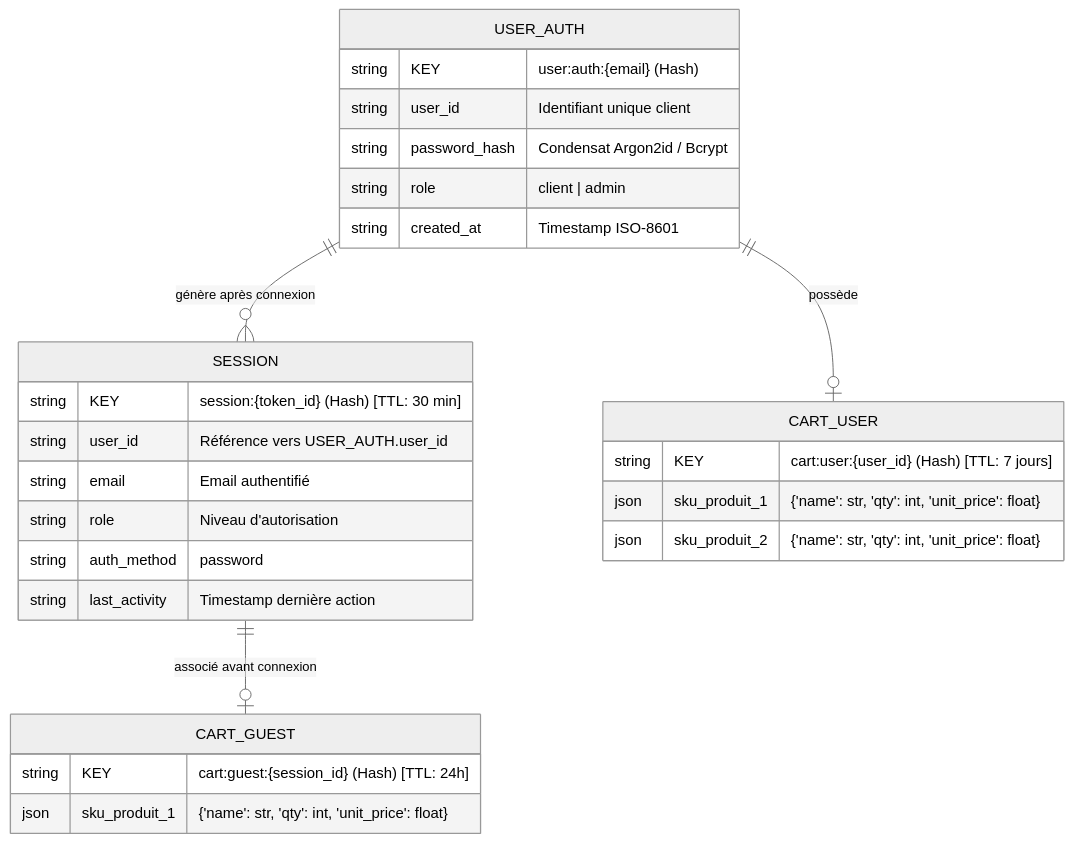
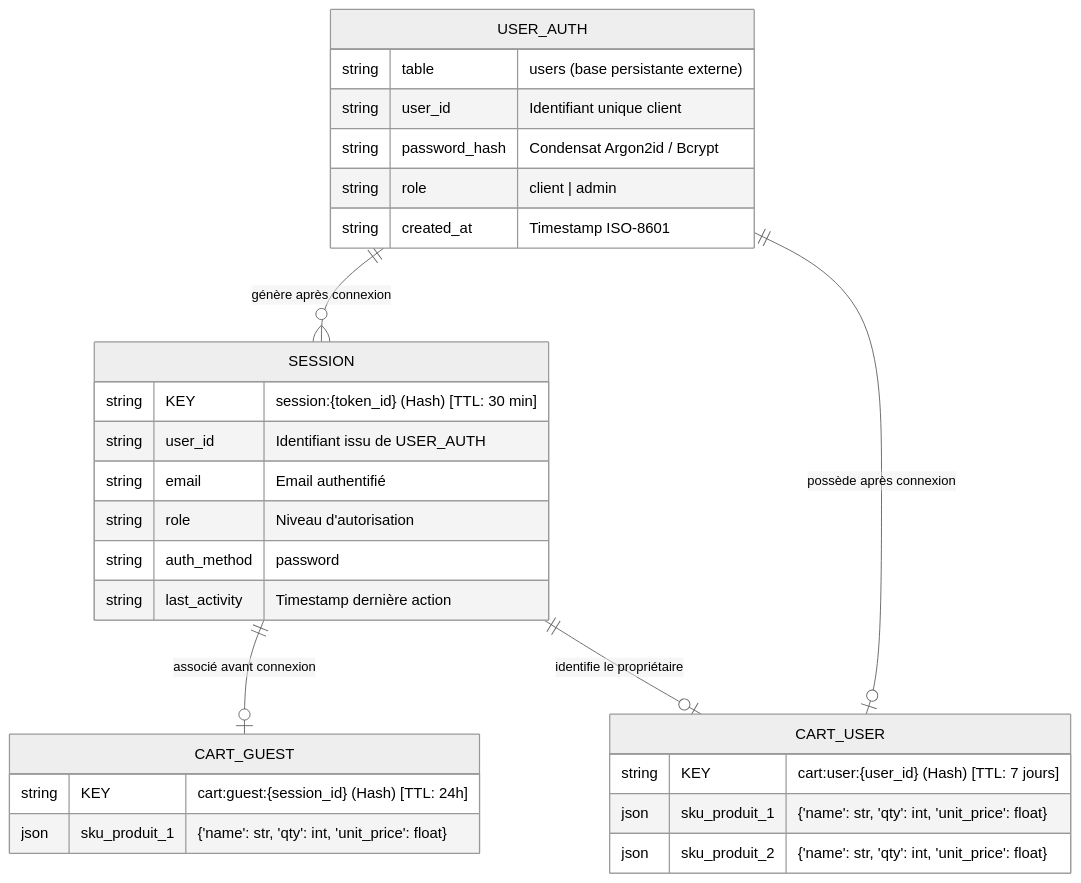
One commit to closzach/LDLC changed the diagram in schemas/lot2_redis_schemaless.md. Above: the diagram before and after it, drawn with Mermaid (neutral theme). The commit also changed other lines of this file and 1 other file, not shown here.

````diff
--- a/schemas/lot2_redis_schemaless.md
+++ b/schemas/lot2_redis_schemaless.md
@@ -9,34 +9,35 @@
 ```mermaid
 erDiagram
     USER_AUTH {
-        string KEY "user:auth:{email} (Hash)"
+        string table "users (base persistante externe)"
         string user_id "Identifiant unique client"
         string password_hash "Condensat Argon2id / Bcrypt"
         string role "client | admin"
         string created_at "Timestamp ISO-8601"
     }
 
     SESSION {
         string KEY "session:{token_id} (Hash) [TTL: 30 min]"
-        string user_id "Référence vers USER_AUTH.user_id"
+        string user_id "Identifiant issu de USER_AUTH"
         string email "Email authentifié"
         string role "Niveau d'autorisation"
         string auth_method "password"
         string last_activity "Timestamp dernière action"
     }
 
     CART_USER {
         string KEY "cart:user:{user_id} (Hash) [TTL: 7 jours]"
         json sku_produit_1 "{'name': str, 'qty': int, 'unit_price': float}"
         json sku_produit_2 "{'name': str, 'qty': int, 'unit_price': float}"
     }
 
     CART_GUEST {
         string KEY "cart:guest:{session_id} (Hash) [TTL: 24h]"
         json sku_produit_1 "{'name': str, 'qty': int, 'unit_price': float}"
     }
 
     USER_AUTH ||--o{ SESSION : "génère après connexion"
-    USER_AUTH ||--o| CART_USER : "possède"
+    USER_AUTH ||--o| CART_USER : "possède après connexion"
     SESSION ||--o| CART_GUEST : "associé avant connexion"
+    SESSION ||--o| CART_USER : "identifie le propriétaire"
 ```
````
